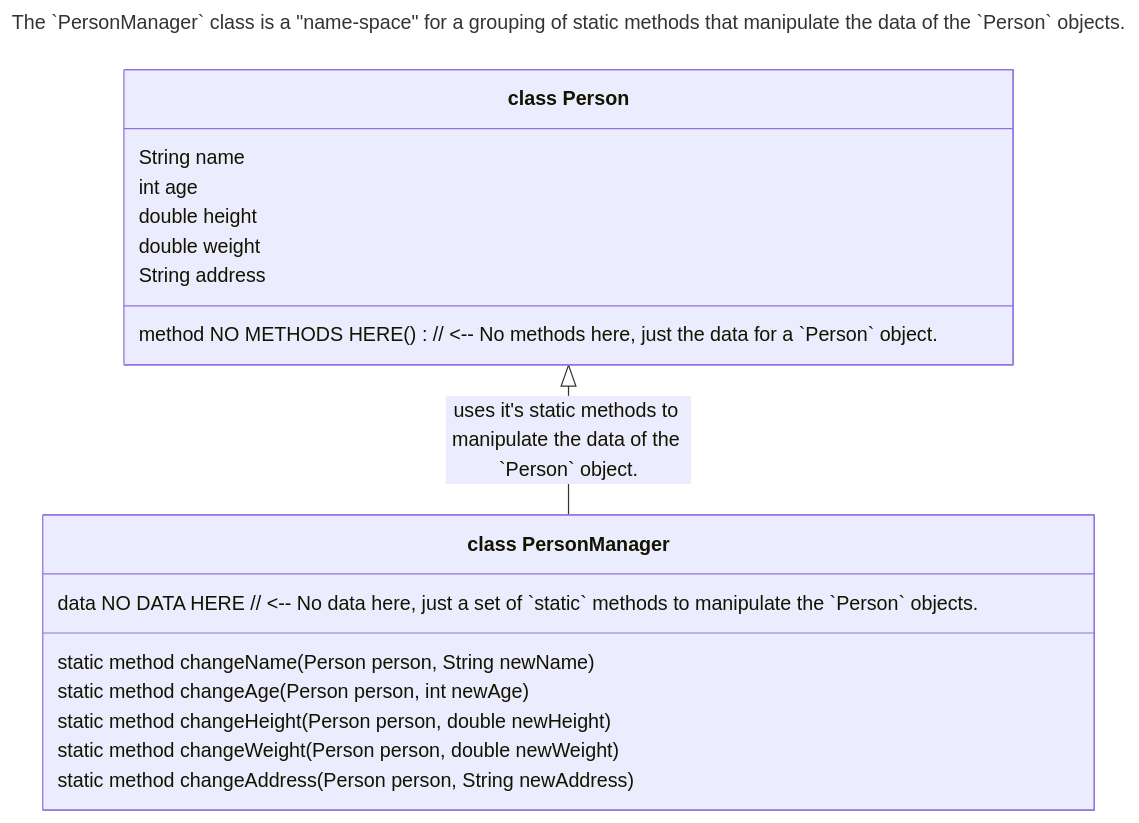
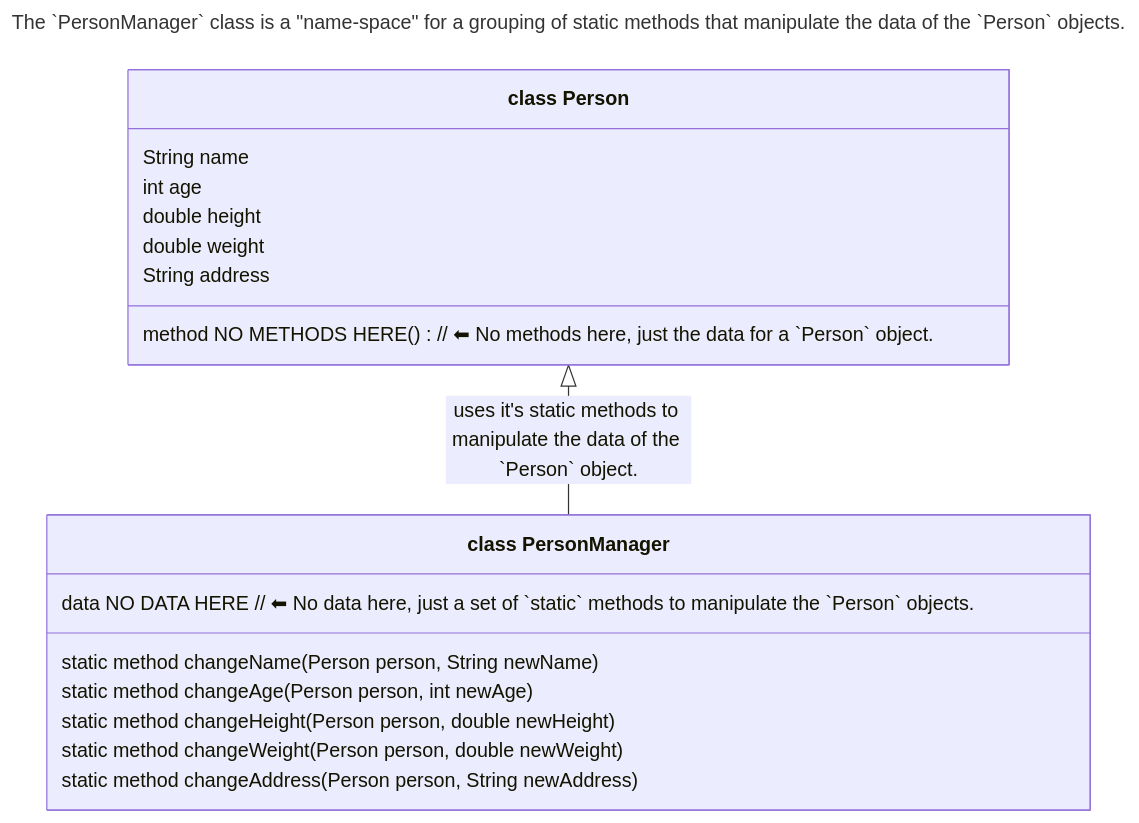
The second of 7 diagrams in 09-ClassOrientedProgramming.md (realityexpander/How_to_program_from_ground_up), drawn with Mermaid before and after one commit.

Commit message:
improve COP

````diff
--- a/09-ClassOrientedProgramming.md
+++ b/09-ClassOrientedProgramming.md
@@ -212,30 +212,30 @@
         ```mermaid
         ---
         title: The `PersonManager` class is a "name-space" for a grouping of static methods that manipulate the data of the `Person` objects.
         ---
         classDiagram
         direction TB 
       
         Person <|-- PersonManager : uses it's static methods to manipulate the data of the `Person` object.
        
         class PersonManager["class PersonManager"] {
-           data NO DATA HERE // <-- No data here, just a set of `static` methods to manipulate the `Person` objects. 
+           data NO DATA HERE // ⬅︎ No data here, just a set of `static` methods to manipulate the `Person` objects. 
         
            static method changeName(Person person, String newName)
            static method changeAge(Person person, int newAge)
            static method changeHeight(Person person, double newHeight)
            static method changeWeight(Person person, double newWeight)
            static method changeAddress(Person person, String newAddress)
         }
         
         class Person["class Person"] { 
            String name
            int age
            double height
            double weight
            String address
       
-           method NO METHODS HERE()  // <-- No methods here, just the data for a `Person` object.
+           method NO METHODS HERE()  // ⬅︎ No methods here, just the data for a `Person` object.
         }
       
         ```
````
